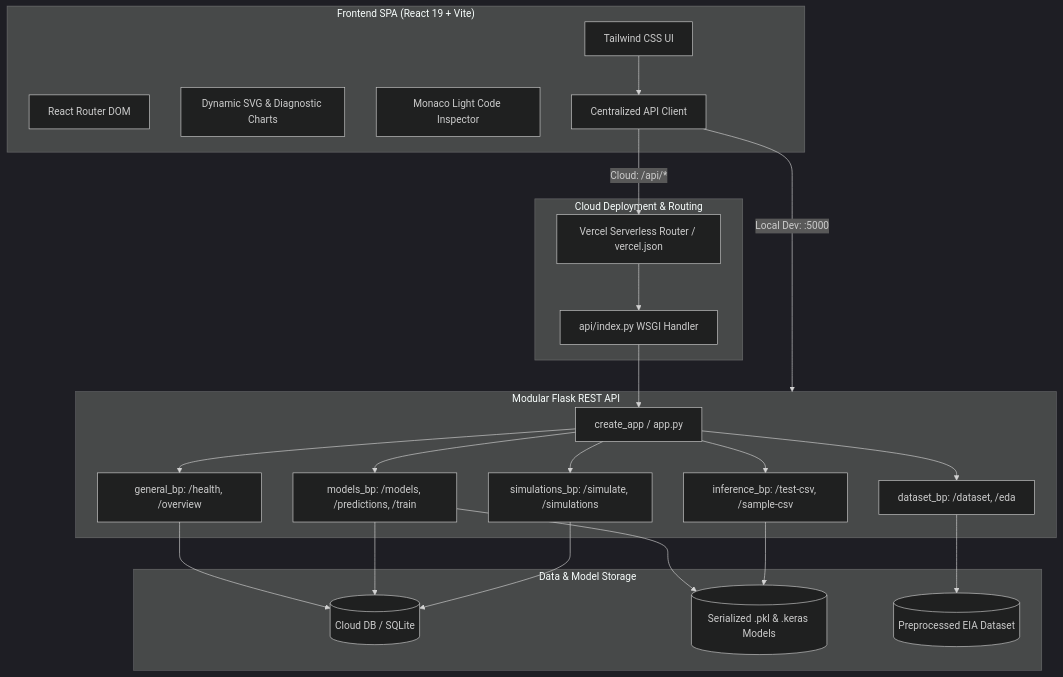
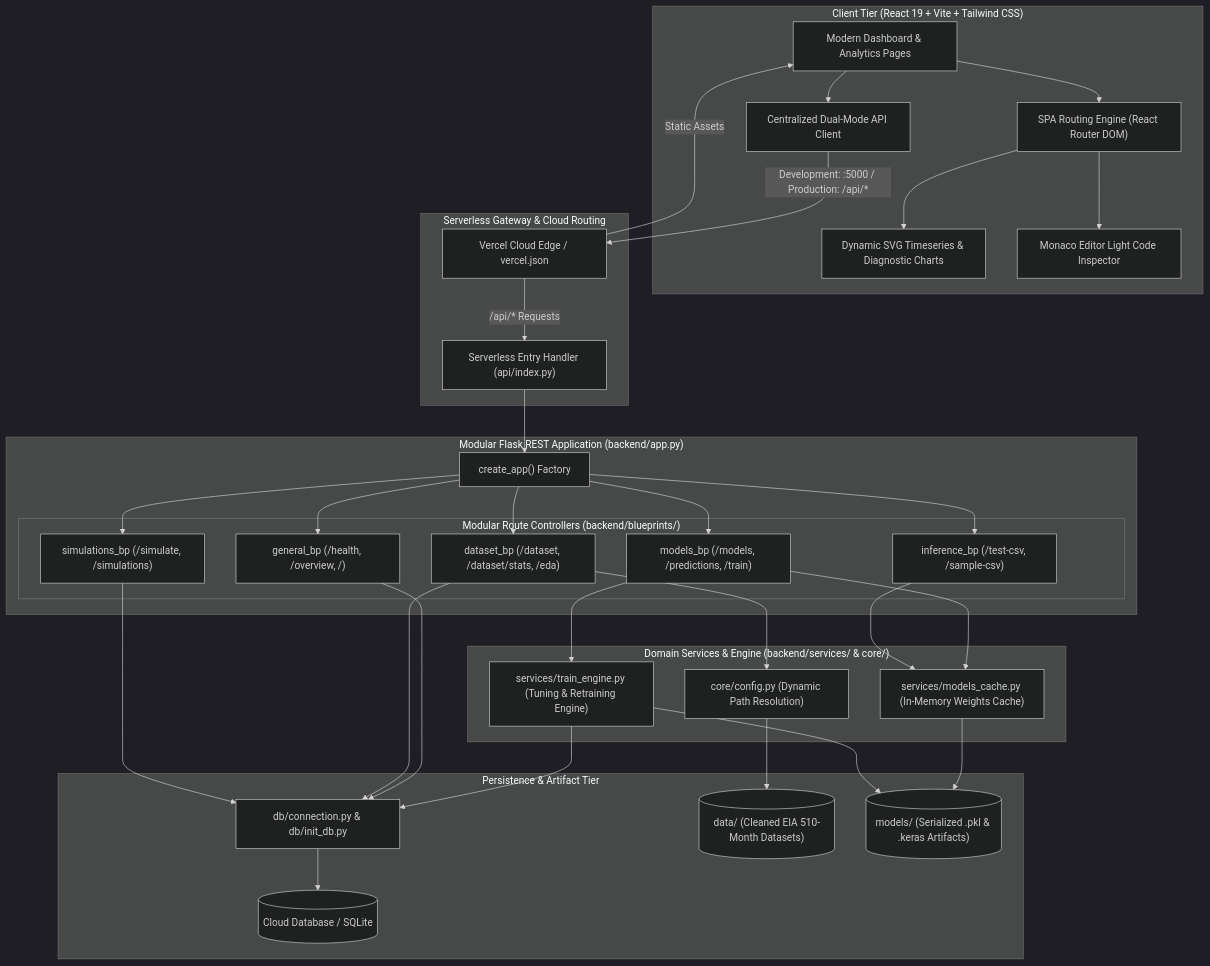
One commit to Next-Gen-Coder-2007/CO-Emission-Forecasting-Grid-Decarbonization-Platform changed the first of 2 diagrams in README.md. Above: the diagram before and after it, drawn with Mermaid (dark theme). The commit also changed other lines of this file, not shown here.

Commit message:
docs: elevate README with CarbonPulse AI branding, mathematical formulation, and architecture deep-dive

````diff
--- a/README.md
+++ b/README.md
@@ -58,49 +48,68 @@
 ```mermaid
 flowchart TD
-    subgraph Client["Frontend SPA (React 19 + Vite)"]
-        UI[Tailwind CSS UI]
-        Router[React Router DOM]
-        Charts[Dynamic SVG & Diagnostic Charts]
-        Monaco[Monaco Light Code Inspector]
-        APIClient[Centralized API Client]
+    subgraph Client["Client Tier (React 19 + Vite + Tailwind CSS)"]
+        UI["Modern Dashboard & Analytics Pages"]
+        Router["SPA Routing Engine (React Router DOM)"]
+        SVGCharts["Dynamic SVG Timeseries & Diagnostic Charts"]
+        MonacoModal["Monaco Editor Light Code Inspector"]
+        APIClient["Centralized Dual-Mode API Client"]
+        UI --> Router
+        Router --> SVGCharts
+        Router --> MonacoModal
+        UI --> APIClient
     end
 
-    subgraph Gateway["Cloud Deployment & Routing"]
-        Vercel[Vercel Serverless Router / vercel.json]
-        Serverless[api/index.py WSGI Handler]
+    subgraph Gateway["Serverless Gateway & Cloud Routing"]
+        Vercel["Vercel Cloud Edge / vercel.json"]
+        WSGI["Serverless Entry Handler (api/index.py)"]
+        APIClient -->|Development: :5000 / Production: /api/*| Vercel
+        Vercel -->|Static Assets| UI
+        Vercel -->|/api/* Requests| WSGI
     end
 
-    subgraph Backend["Modular Flask REST API"]
-        Factory[create_app / app.py]
-        BP_General[general_bp: /health, /overview]
-        BP_Models[models_bp: /models, /predictions, /train]
-        BP_Dataset[dataset_bp: /dataset, /eda]
-        BP_Inference[inference_bp: /test-csv, /sample-csv]
-        BP_Simulations[simulations_bp: /simulate, /simulations]
+    subgraph Backend["Modular Flask REST Application (backend/app.py)"]
+        Factory["create_app() Factory"]
+        WSGI --> Factory
+        
+        subgraph Blueprints["Modular Route Controllers (backend/blueprints/)"]
+            BP_Gen["general_bp (/health, /overview, /)"]
+            BP_Mod["models_bp (/models, /predictions, /train)"]
+            BP_Data["dataset_bp (/dataset, /dataset/stats, /eda)"]
+            BP_Inf["inference_bp (/test-csv, /sample-csv)"]
+            BP_Sim["simulations_bp (/simulate, /simulations)"]
+        end
+        
+        Factory --> BP_Gen
+        Factory --> BP_Mod
+        Factory --> BP_Data
+        Factory --> BP_Inf
+        Factory --> BP_Sim
     end
 
-    subgraph Storage["Data & Model Storage"]
-        DB[(Cloud DB / SQLite)]
-        Models[(Serialized .pkl & .keras Models)]
-        EIA_CSV[(Preprocessed EIA Dataset)]
+    subgraph CoreServices["Domain Services & Engine (backend/services/ & core/)"]
+        Config["core/config.py (Dynamic Path Resolution)"]
+        Cache["services/models_cache.py (In-Memory Weights Cache)"]
+        Engine["services/train_engine.py (Tuning & Retraining Engine)"]
     end
 
-    UI --> APIClient
-    APIClient -->|Local Dev: :5000| Backend
-    APIClient -->|Cloud: /api/*| Vercel
-    Vercel --> Serverless
-    Serverless --> Factory
+    subgraph Persistence["Persistence & Artifact Tier"]
+        DBLayer["db/connection.py & db/init_db.py"]
+        Database[("Cloud Database / SQLite")]
+        DataDir[("data/ (Cleaned EIA 510-Month Datasets)")]
+        ModelDir[("models/ (Serialized .pkl & .keras Artifacts)")]
+        
+        DBLayer --> Database
+        Config --> DataDir
+        Cache --> ModelDir
+        Engine --> ModelDir
+        Engine --> DBLayer
+    end
 
-    Factory --> BP_General
-    Factory --> BP_Models
-    Factory --> BP_Dataset
-    Factory --> BP_Inference
-    Factory --> BP_Simulations
-
-    BP_General --> DB
-    BP_Models --> Models
-    BP_Models --> DB
-    BP_Dataset --> EIA_CSV
-    BP_Inference --> Models
-    BP_Simulations --> DB
+    BP_Gen --> DBLayer
+    BP_Mod --> Cache
+    BP_Mod --> Engine
+    BP_Data --> Config
+    BP_Data --> DBLayer
+    BP_Inf --> Cache
+    BP_Sim --> DBLayer
 ```
````
